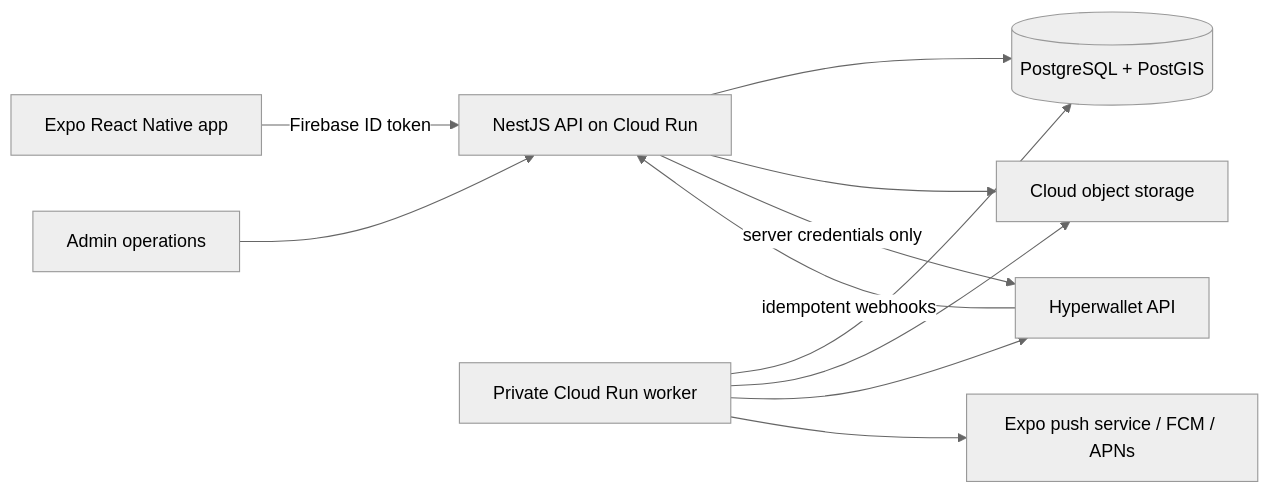
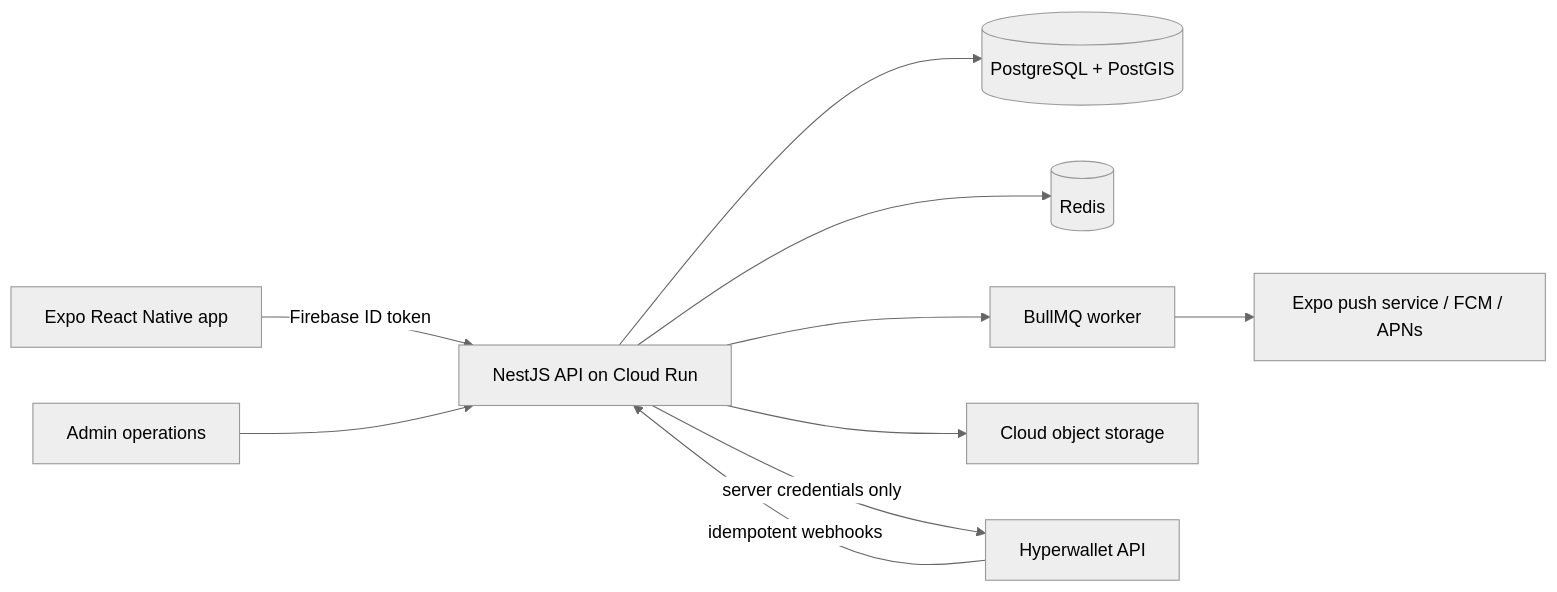
Before and after one commit to GoGymGo/Platform: the diagram in mobile-app/docs/backend-handoff-architecture.md, drawn with Mermaid (neutral theme). The commit also changed other lines of this file and 100 other files, not shown here.

Commit message:
Restore accessible mobile workout flow

````diff
--- a/mobile-app/docs/backend-handoff-architecture.md
+++ b/mobile-app/docs/backend-handoff-architecture.md
@@ -11,13 +11,12 @@
 ```mermaid
 flowchart LR
     A[Expo React Native app] -->|Firebase ID token| B[NestJS API on Cloud Run]
     B --> C[(PostgreSQL + PostGIS)]
+    B --> D[(Redis)]
+    B --> E[BullMQ worker]
     B --> F[Cloud object storage]
     B -->|server credentials only| G[Hyperwallet API]
-    E[Private Cloud Run worker] --> C
-    E --> F
-    E --> G
     G -->|idempotent webhooks| B
     E --> H[Expo push service / FCM / APNs]
     I[Admin operations] --> B
 ```
````
